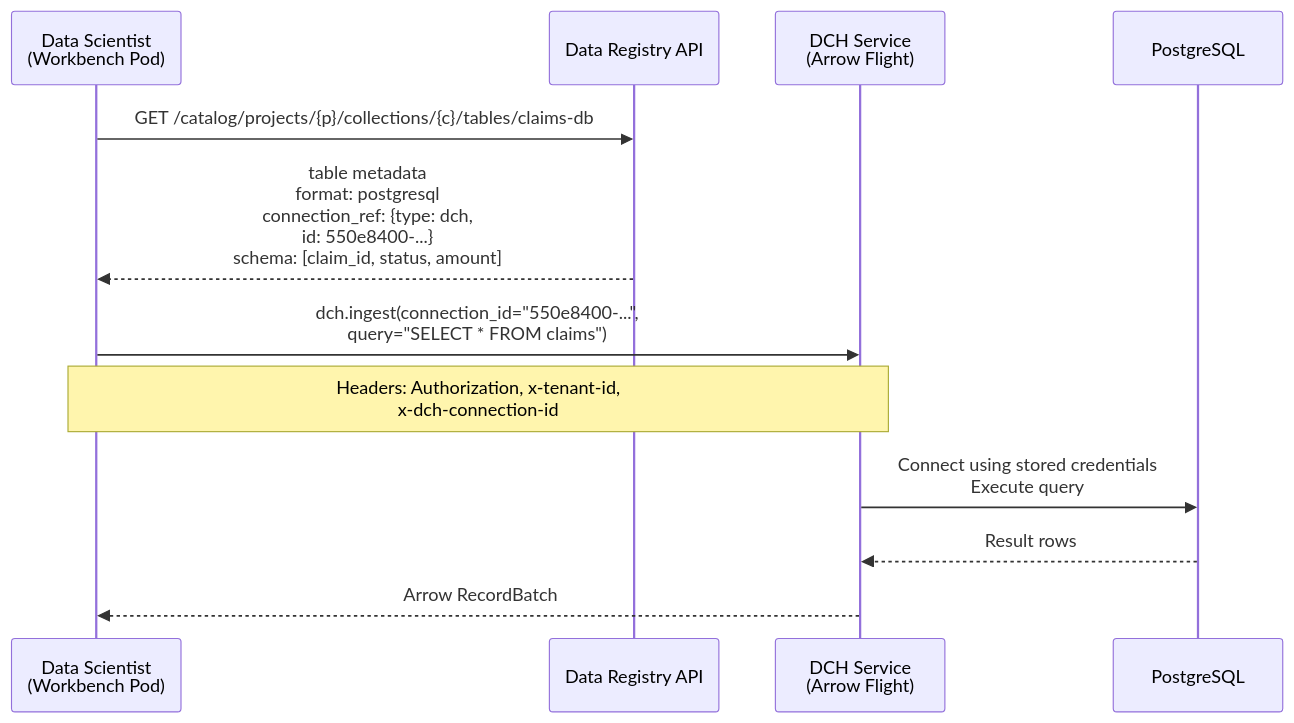
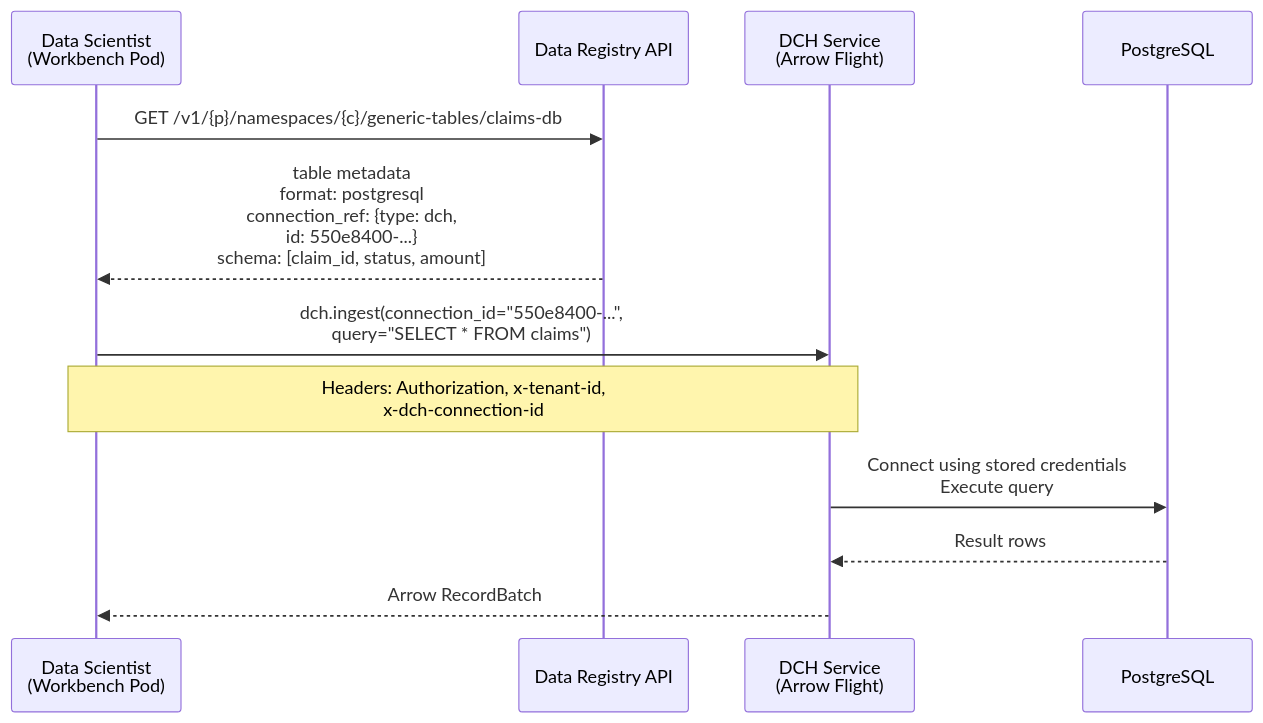
One commit to opendatahub-io/architecture-decision-records changed the third of 5 diagrams in architecture-decision-records/data-registry/ODH-ADR-DR-0002-data-registry-dch-integration.md. Above: the diagram before and after it, drawn with Mermaid. The commit also changed other lines of this file, not shown here.

````diff
--- a/architecture-decision-records/data-registry/ODH-ADR-DR-0002-data-registry-dch-integration.md
+++ b/architecture-decision-records/data-registry/ODH-ADR-DR-0002-data-registry-dch-integration.md
@@ -118,17 +122,17 @@
 ```mermaid
 sequenceDiagram
     participant User as Data Scientist<br/>(Workbench Pod)
     participant DR as Data Registry API
     participant DCH as DCH Service<br/>(Arrow Flight)
     participant PG as PostgreSQL
 
-    User->>DR: GET /catalog/projects/{p}/collections/{c}/tables/claims-db
+    User->>DR: GET /v1/{p}/namespaces/{c}/generic-tables/claims-db
     DR-->>User: table metadata<br/>format: postgresql<br/>connection_ref: {type: dch,<br/>id: 550e8400-...}<br/>schema: [claim_id, status, amount]
 
     User->>DCH: dch.ingest(connection_id="550e8400-...",<br/>query="SELECT * FROM claims")
     Note over User,DCH: Headers: Authorization, x-tenant-id,<br/>x-dch-connection-id
 
     DCH->>PG: Connect using stored credentials<br/>Execute query
     PG-->>DCH: Result rows
     DCH-->>User: Arrow RecordBatch
 ```
````
